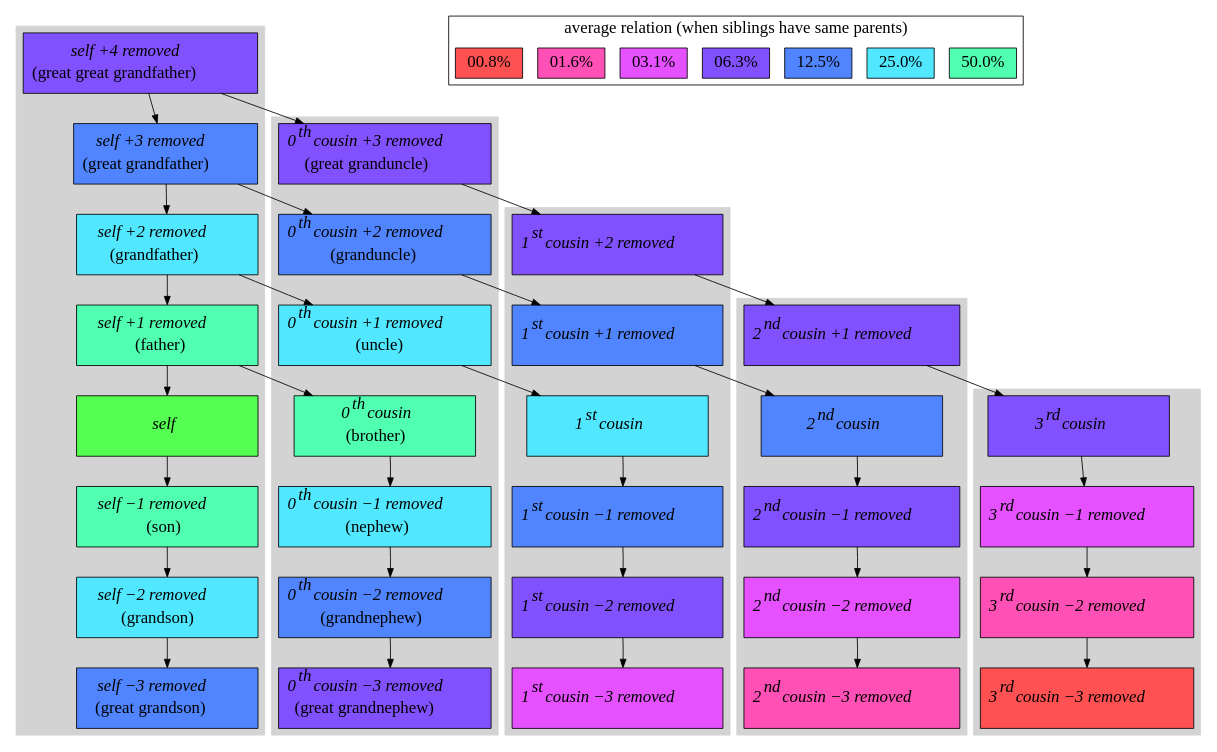
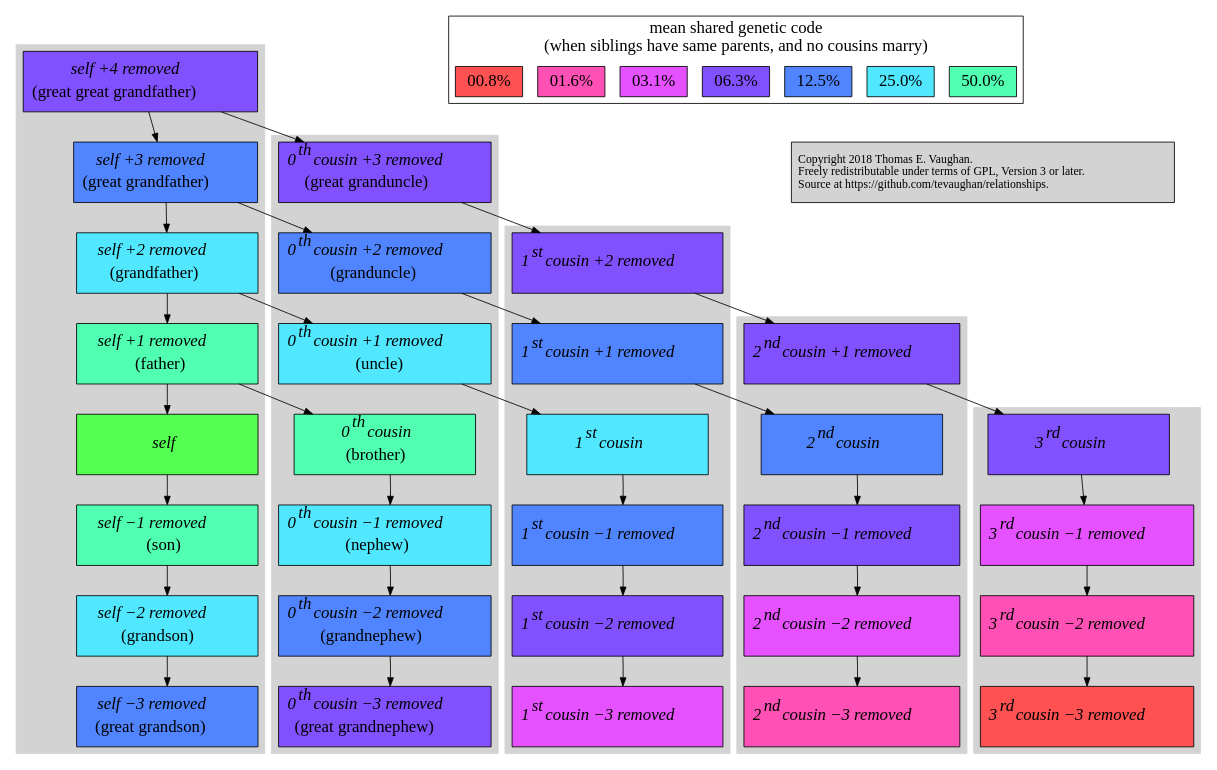
The diagram in relations.dot (tevaughan/relationships), drawn with Graphviz before and after one commit. The commit also changed 1 other file, not shown here.

Commit message:
Added copyright notice and improved legend.

```diff
--- a/relations.dot
+++ b/relations.dot
@@ -1,170 +1,172 @@
 
 // Copyright 2018 Thomas E. Vaughan
 // See LICENSE.
 
 digraph G {
   node [shape=rectangle width=3 height=1 style=filled];
 
   subgraph cluster_self {
     style=filled;
     color=lightgray;
     ggGf -> gGf -> Gf -> f -> m -> s -> Gs -> gGs;
   }
 
   subgraph cluster_zero {
     style=filled;
     color=lightgray;
     edge [style=invis];
     gGu -> Gu -> u -> b -> n -> Gn -> gGn;
   }
 
   subgraph cluster_one  {
     style=filled;
     color=lightgray;
     edge [style=invis];
     fcp2r -> fcp1r -> fc -> fc1r -> fc2r -> fc3r;
   }
 
   subgraph cluster_two {
     style=filled;
     color=lightgray;
     edge [style=invis];
     scp1r -> sc -> sc1r -> sc2r -> sc3r;
   }
 
   subgraph cluster_three {
     style=filled;
     color=lightgray;
     edge [style=invis];
     thc; thc1r; thc2r; thc3r;
   }
 
   ggGf -> gGu -> fcp2r -> scp1r -> thc -> thc1r -> thc2r -> thc3r;
           gGf -> Gu    -> fcp1r -> sc  -> sc1r  -> sc2r  -> sc3r;
                  Gf    -> u     -> fc  -> fc1r  -> fc2r  -> fc3r;
                           f     -> b   -> n     -> Gn    -> gGn;
 
   subgraph cluster_relation {
-    label="average relation (when siblings have same parents)"
+    label="mean shared genetic code\n(when siblings have same parents, and no cousins marry)"
     fontsize=20
     node [shape=rectangle width=auto height=auto style=filled, fontsize=20];
     r1 [label="50.0%", fillcolor="#51ffb1"];
     r2 [label="25.0%", fillcolor="#51e8ff"];
     r3 [label="12.5%", fillcolor="#5185ff"];
     r4 [label="06.3%", fillcolor="#8151ff"];
     r5 [label="03.1%", fillcolor="#e551ff"];
     r6 [label="01.6%", fillcolor="#ff51b5"];
     r7 [label="00.8%", fillcolor="#ff5151"];
   }
 
-  //{ edge [style=invis]; r1 -> r2 -> r3 -> r4 -> r5 -> r6 -> r7; }
+  notice [label="Copyright 2018 Thomas E. Vaughan.\lFreely redistributable under terms of GPL, Version 3 or later.\lSource at https://github.com/tevaughan/relationships.\l"]
+
+  r1 -> notice [style=invis];
 
   ggGf [label=<<font point-size="20"><table border="0" cellspacing="0" cellborder="0">
                <tr><td align="center"><i>self +4 removed</i></td></tr>
                <tr><td align="center">(great great grandfather)</td></tr>
                </table></font>>, fillcolor="#8151ff"];
    gGf [label=<<font point-size="20"><table border="0" cellspacing="0" cellborder="0">
                <tr><td align="center"><i>self +3 removed</i></td></tr>
                <tr><td align="center">(great grandfather)</td></tr>
                </table></font>>, fillcolor="#5185ff"];
     Gf [label=<<font point-size="20"><table border="0" cellspacing="0" cellborder="0">
                <tr><td align="center"><i>self +2 removed</i></td></tr>
                <tr><td align="center">(grandfather)</td></tr>
                </table></font>>, fillcolor="#51e8ff"];
      f [label=<<font point-size="20"><table border="0" cellspacing="0" cellborder="0">
                <tr><td align="center"><i>self +1 removed</i></td></tr>
                <tr><td align="center">(father)</td></tr>
                </table></font>>, fillcolor="#51ffb1"];
      m [label=<<font point-size="20"><table border="0" cellspacing="0" cellborder="0">
                <tr><td align="center"><i>self</i></td></tr>
                </table></font>>, fillcolor="#55ff51"];
      s [label=<<font point-size="20"><table border="0" cellspacing="0" cellborder="0">
                <tr><td align="center"><i>self &#8722;1 removed</i></td></tr>
                <tr><td align="center">(son)</td></tr>
                </table></font>>, fillcolor="#51ffb1"];
     Gs [label=<<font point-size="20"><table border="0" cellspacing="0" cellborder="0">
                <tr><td align="center"><i>self &#8722;2 removed</i></td></tr>
                <tr><td align="center">(grandson)</td></tr>
                </table></font>>, fillcolor="#51e8ff"];
    gGs [label=<<font point-size="20"><table border="0" cellspacing="0" cellborder="0">
                <tr><td align="center"><i>self &#8722;3 removed</i></td></tr>
                <tr><td align="center">(great grandson)</td></tr>
                </table></font>>, fillcolor="#5185ff"];
 
    gGu [label=<<font point-size="20"><table border="0" cellspacing="0" cellborder="0">
                <tr><td align="center"><i>0<sup>th</sup> cousin +3 removed</i></td></tr>
                <tr><td align="center">(great granduncle)</td></tr>
                </table></font>>, fillcolor="#8151ff"];
  fcp2r [label=<<font point-size="20"><table border="0" cellspacing="0" cellborder="0">
                <tr><td align="center"><i>1<sup>st</sup> cousin +2 removed</i></td></tr>
                </table></font>>, fillcolor="#8151ff"];
  scp1r [label=<<font point-size="20"><table border="0" cellspacing="0" cellborder="0">
                <tr><td align="center"><i>2<sup>nd</sup> cousin +1 removed</i></td></tr>
                </table></font>>, fillcolor="#8151ff"];
    thc [label=<<font point-size="20"><table border="0" cellspacing="0" cellborder="0">
                <tr><td align="center"><i>3<sup>rd</sup> cousin</i></td></tr>
                </table></font>>, fillcolor="#8151ff"];
  thc1r [label=<<font point-size="20"><table border="0" cellspacing="0" cellborder="0">
                <tr><td align="center"><i>3<sup>rd</sup> cousin &#8722;1 removed</i></td></tr>
                </table></font>>, fillcolor="#e551ff"];
  thc2r [label=<<font point-size="20"><table border="0" cellspacing="0" cellborder="0">
                <tr><td align="center"><i>3<sup>rd</sup> cousin &#8722;2 removed</i></td></tr>
                </table></font>>, fillcolor="#ff51b5"];
  thc3r [label=<<font point-size="20"><table border="0" cellspacing="0" cellborder="0">
                <tr><td align="center"><i>3<sup>rd</sup> cousin &#8722;3 removed</i></td></tr>
                </table></font>>, fillcolor="#ff5151"];
 
     Gu [label=<<font point-size="20"><table border="0" cellspacing="0" cellborder="0">
               <tr><td align="center"><i>0<sup>th</sup> cousin +2 removed</i></td></tr>
               <tr><td align="center">(granduncle)</td></tr>
               </table></font>>, fillcolor="#5185ff"];
  fcp1r [label=<<font point-size="20"><table border="0" cellspacing="0" cellborder="0">
                <tr><td align="center"><i>1<sup>st</sup> cousin +1 removed</i></td></tr>
                </table></font>>, fillcolor="#5185ff"];
     sc [label=<<font point-size="20"><table border="0" cellspacing="0" cellborder="0">
                <tr><td align="center"><i>2<sup>nd</sup> cousin</i></td></tr>
                </table></font>>, fillcolor="#5185ff"];
   sc1r [label=<<font point-size="20"><table border="0" cellspacing="0" cellborder="0">
                <tr><td align="center"><i>2<sup>nd</sup> cousin &#8722;1 removed</i></td></tr>
                </table></font>>, fillcolor="#8151ff"];
   sc2r [label=<<font point-size="20"><table border="0" cellspacing="0" cellborder="0">
                <tr><td align="center"><i>2<sup>nd</sup> cousin &#8722;2 removed</i></td></tr>
                </table></font>>, fillcolor="#e551ff"];
   sc3r [label=<<font point-size="20"><table border="0" cellspacing="0" cellborder="0">
                <tr><td align="center"><i>2<sup>nd</sup> cousin &#8722;3 removed</i></td></tr>
                </table></font>>, fillcolor="#ff51b5"];
 
      u [label=<<font point-size="20"><table border="0" cellspacing="0" cellborder="0">
                <tr><td align="center"><i>0<sup>th</sup> cousin +1 removed</i></td></tr>
                <tr><td align="center">(uncle)</td></tr>
                </table></font>>, fillcolor="#51e8ff"];
     fc [label=<<font point-size="20"><table border="0" cellspacing="0" cellborder="0">
                <tr><td align="center"><i>1<sup>st</sup> cousin</i></td></tr>
                </table></font>>, fillcolor="#51e8ff"];
   fc1r [label=<<font point-size="20"><table border="0" cellspacing="0" cellborder="0">
                <tr><td align="center"><i>1<sup>st</sup> cousin &#8722;1 removed</i></td></tr>
                </table></font>>, fillcolor="#5185ff"];
   fc2r [label=<<font point-size="20"><table border="0" cellspacing="0" cellborder="0">
                <tr><td align="center"><i>1<sup>st</sup> cousin &#8722;2 removed</i></td></tr>
                </table></font>>, fillcolor="#8151ff"];
   fc3r [label=<<font point-size="20"><table border="0" cellspacing="0" cellborder="0">
                <tr><td align="center"><i>1<sup>st</sup> cousin &#8722;3 removed</i></td></tr>
                </table></font>>, fillcolor="#e551ff"];
 
      b [label=<<font point-size="20"><table border="0" cellspacing="0" cellborder="0">
                <tr><td align="center"><i>0<sup>th</sup> cousin</i></td></tr>
                <tr><td align="center">(brother)</td></tr>
                </table></font>>, fillcolor="#51ffb1"];
      n [label=<<font point-size="20"><table border="0" cellspacing="0" cellborder="0">
                <tr><td align="center"><i>0<sup>th</sup> cousin &#8722;1 removed</i></td></tr>
                <tr><td align="center">(nephew)</td></tr>
                </table></font>>, fillcolor="#51e8ff"];
     Gn [label=<<font point-size="20"><table border="0" cellspacing="0" cellborder="0">
                <tr><td align="center"><i>0<sup>th</sup> cousin &#8722;2 removed</i></td></tr>
                <tr><td align="center">(grandnephew)</td></tr>
                </table></font>>, fillcolor="#5185ff"];
    gGn [label=<<font point-size="20"><table border="0" cellspacing="0" cellborder="0">
                <tr><td align="center"><i>0<sup>th</sup> cousin &#8722;3 removed</i></td></tr>
                <tr><td align="center">(great grandnephew)</td></tr>
                </table></font>>, fillcolor="#8151ff"];
 }
```
